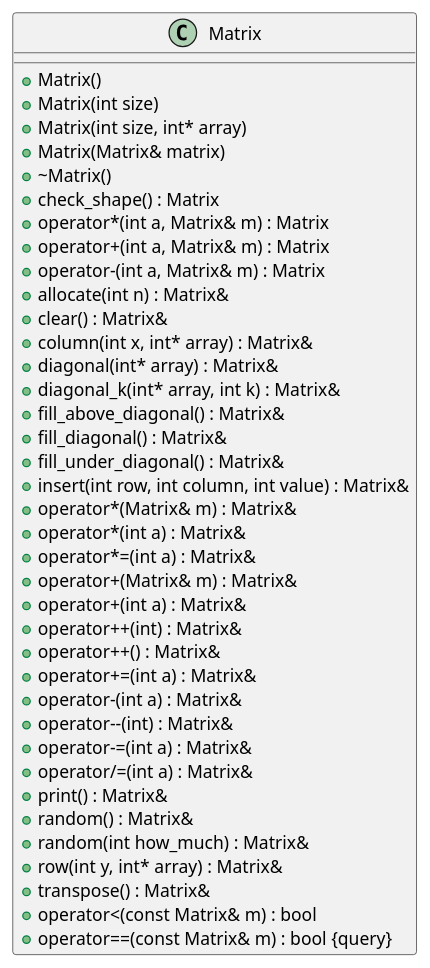
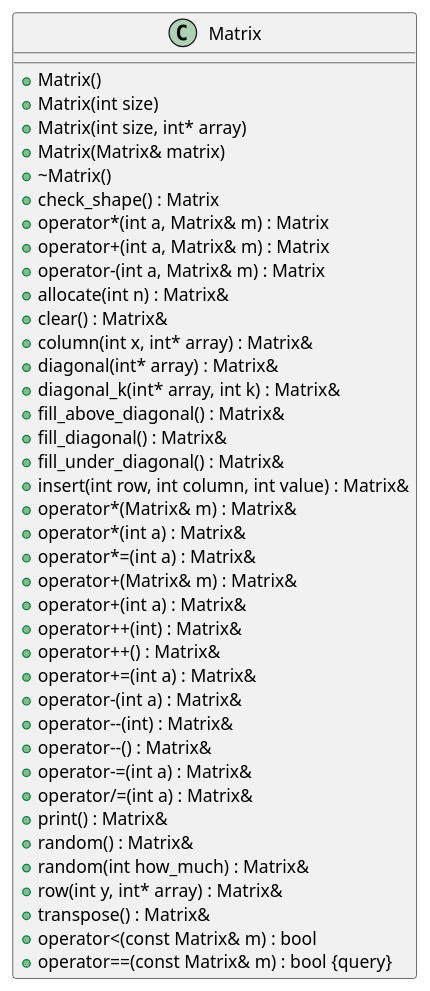
The diagram in inline_umlgraph_pnghtml.pu (MaciejWojs/Matrix), drawn with PlantUML before and after one commit. The commit also changed 13 other files, not shown here.

```diff
--- a/inline_umlgraph_pnghtml.pu
+++ b/inline_umlgraph_pnghtml.pu
@@ -1,42 +1,43 @@
 @startuml inline_umlgraph_1.png
 class Matrix {
 +Matrix()
 +Matrix(int size)
 +Matrix(int size, int* array)
 +Matrix(Matrix& matrix)
 +~Matrix()
 +check_shape() : Matrix
 +operator*(int a, Matrix& m) : Matrix
 +operator+(int a, Matrix& m) : Matrix
 +operator-(int a, Matrix& m) : Matrix
 +allocate(int n) : Matrix&
 +clear() : Matrix&
 +column(int x, int* array) : Matrix&
 +diagonal(int* array) : Matrix&
 +diagonal_k(int* array, int k) : Matrix&
 +fill_above_diagonal() : Matrix&
 +fill_diagonal() : Matrix&
 +fill_under_diagonal() : Matrix&
 +insert(int row, int column, int value) : Matrix&
 +operator*(Matrix& m) : Matrix&
 +operator*(int a) : Matrix&
 +operator*=(int a) : Matrix&
 +operator+(Matrix& m) : Matrix&
 +operator+(int a) : Matrix&
 +operator++(int) : Matrix&
 +operator++() : Matrix&
 +operator+=(int a) : Matrix&
 +operator-(int a) : Matrix&
 +operator--(int) : Matrix&
++operator--() : Matrix&
 +operator-=(int a) : Matrix&
 +operator/=(int a) : Matrix&
 +print() : Matrix&
 +random() : Matrix&
 +random(int how_much) : Matrix&
 +row(int y, int* array) : Matrix&
 +transpose() : Matrix&
 +operator<(const Matrix& m) : bool
 +operator==(const Matrix& m) : bool {query}
 
 }
 @enduml
```
